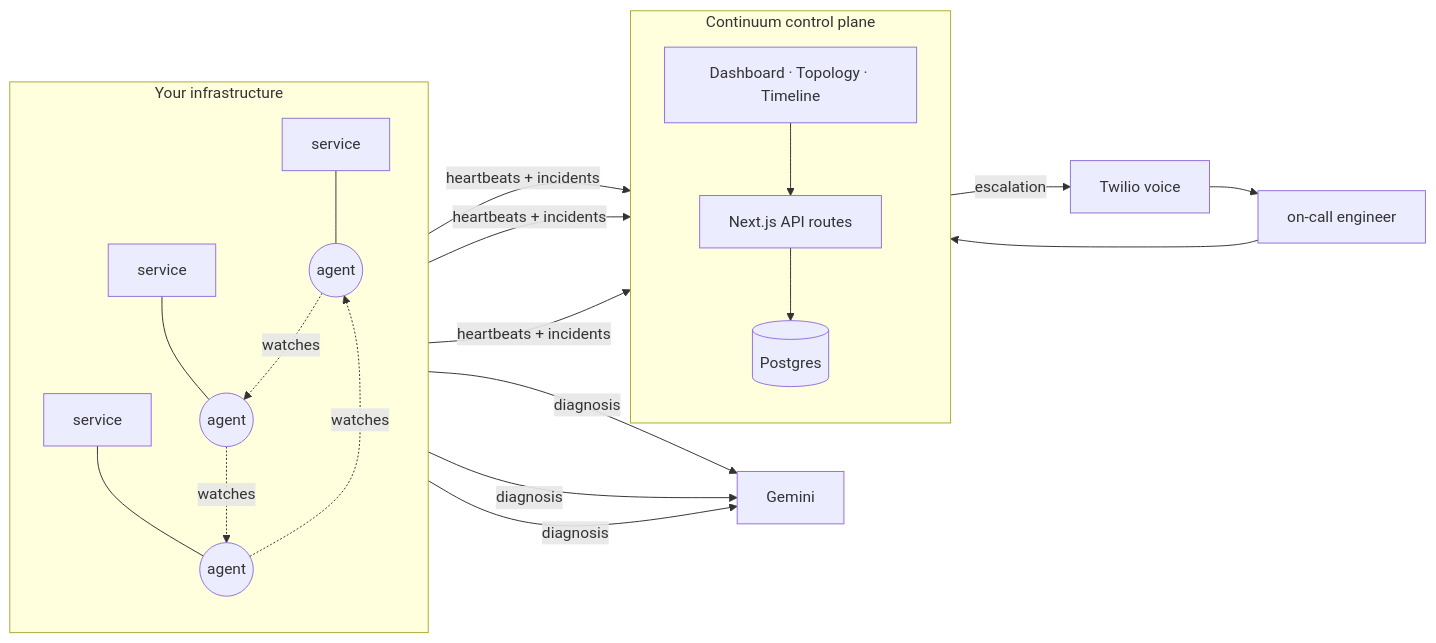
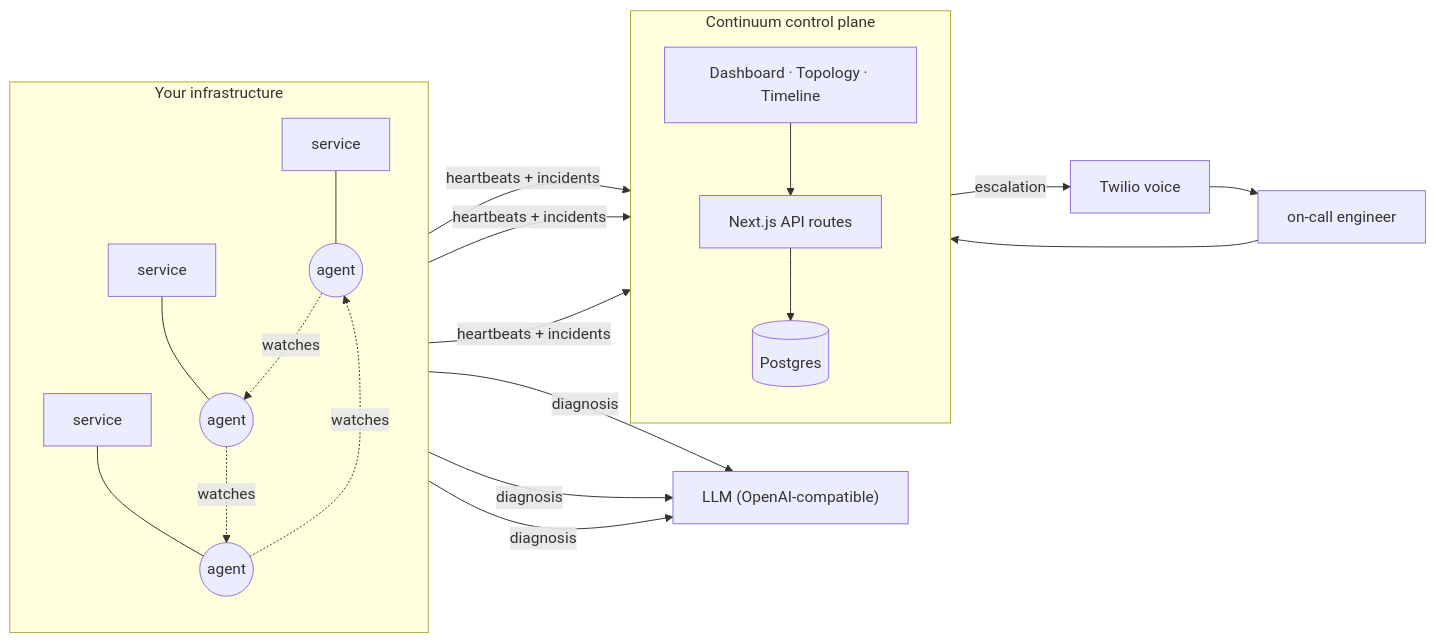
Before and after one commit to PakmanGames/Continuum: the second of 2 diagrams in README.md, drawn with Mermaid. The commit also changed other lines of this file, not shown here.

````diff
--- a/README.md
+++ b/README.md
@@ -89,27 +89,27 @@
 ```mermaid
 flowchart LR
     subgraph fleet["Your infrastructure"]
         direction TB
         S1[service] --- A1((agent))
         S2[service] --- A2((agent))
         S3[service] --- A3((agent))
         A1 -. watches .-> A2
         A2 -. watches .-> A3
         A3 -. watches .-> A1
     end
 
     subgraph plane["Continuum control plane"]
         direction TB
         API["Next.js API routes"]
         DB[(Postgres)]
         WEB["Dashboard · Topology · Timeline"]
         API --> DB
         WEB --> API
     end
 
     A1 & A2 & A3 -- "heartbeats + incidents" --> API
-    A1 & A2 & A3 -- diagnosis --> LLM[Gemini]
+    A1 & A2 & A3 -- diagnosis --> LLM["LLM (OpenAI-compatible)"]
     API -- escalation --> PHONE["Twilio voice"]
     USER["on-call engineer"] --> WEB
     PHONE --> USER
 ```
````
